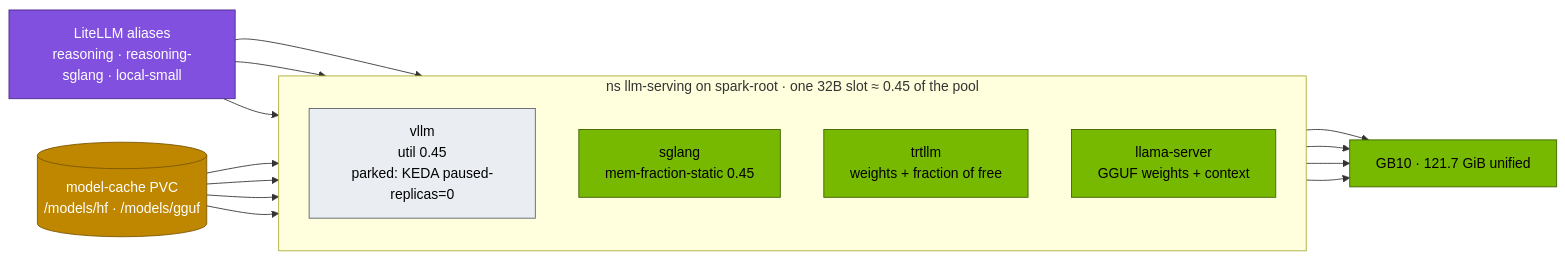
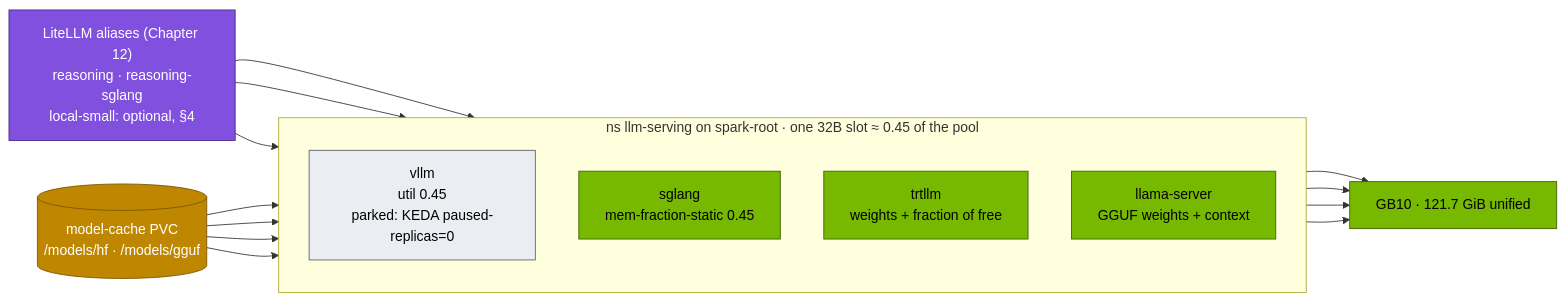
Before and after one commit to cloudone365/technical-depth: the first of 4 diagrams in 03-DeepSeek/07-alternative-engines-sglang-llamacpp-trtllm.md, drawn with Mermaid. The commit also changed other lines of this file and 91 other files, not shown here.

First line of the commit message:
Docs audit 01-04: fix mistakes found against the lab files; step-by-step flows

````diff
--- a/03-DeepSeek/07-alternative-engines-sglang-llamacpp-trtllm.md
+++ b/03-DeepSeek/07-alternative-engines-sglang-llamacpp-trtllm.md
@@ -39,32 +39,32 @@
 ```mermaid
 flowchart LR
-  LL["LiteLLM aliases<br/>reasoning · reasoning-sglang · local-small"]
+  LL["LiteLLM aliases (Chapter 12)<br/>reasoning · reasoning-sglang<br/>local-small: optional, §4"]
   subgraph NS["ns llm-serving on spark-root · one 32B slot ≈ 0.45 of the pool"]
     direction TB
     V["vllm<br/>util 0.45<br/>parked: KEDA paused-replicas=0"]
     S["sglang<br/>mem-fraction-static 0.45"]
     T["trtllm<br/>weights + fraction of free"]
     L["llama-server<br/>GGUF weights + context"]
   end
   PVC[("model-cache PVC<br/>/models/hf · /models/gguf")]
   GPU["GB10 · 121.7 GiB unified"]
   LL --> V
   LL --> S
   LL --> L
   V --> GPU
   S --> GPU
   T --> GPU
   L --> GPU
   PVC --> V
   PVC --> S
   PVC --> T
   PVC --> L
   classDef gpu fill:#76b900,stroke:#3d6000,color:#000
   classDef net fill:#8250df,stroke:#4c2889,color:#fff
   classDef store fill:#bf8700,stroke:#7a5600,color:#fff
   classDef tenant fill:#eaeef2,stroke:#57606a,color:#000
   class S,T,L,GPU gpu
   class V tenant
   class LL net
   class PVC store
 ```
````
